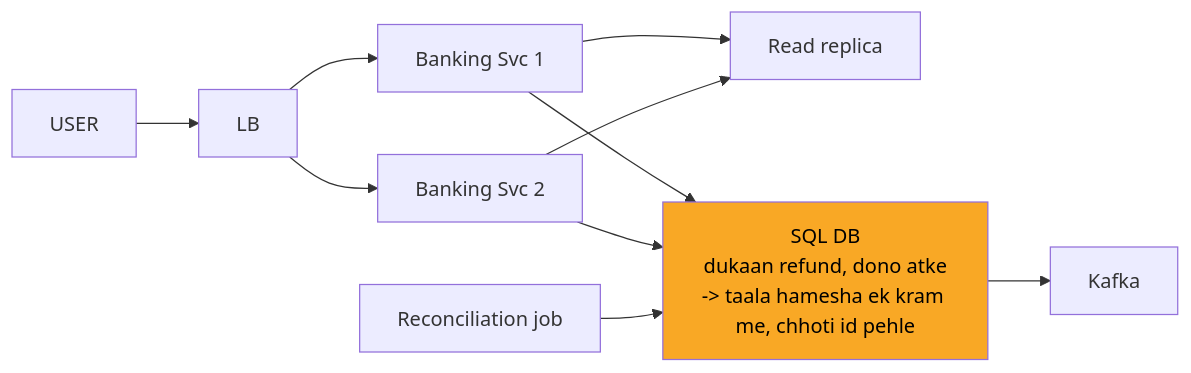
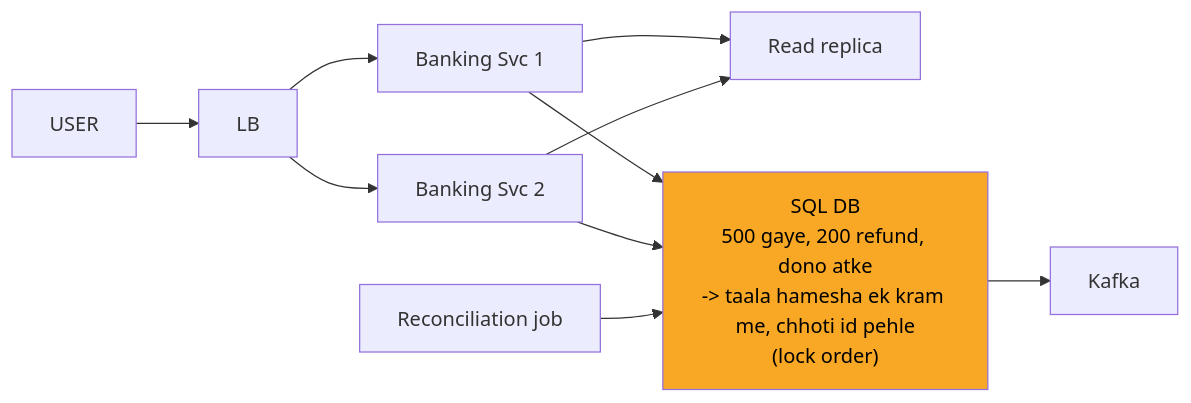
The tenth of 13 diagrams in 04_HLD/SYSTEM_DESIGNS/13_banking_system/13_banking_system.md (ArpanMaheshwari144/Prep), drawn with Mermaid before and after one commit. The commit also changed other lines of this file and 10 other files, not shown here.

Commit message:
hld round 3: refund 200 in story, Cluster vs Sentinel, alag order id, paanch likhai, box names match KAHANI, NAHI lines

````diff
--- a/04_HLD/SYSTEM_DESIGNS/13_banking_system/13_banking_system.md
+++ b/04_HLD/SYSTEM_DESIGNS/13_banking_system/13_banking_system.md
@@ -307,21 +306,21 @@
 ```mermaid
 flowchart LR
     n_USER["USER"]
     n_LB["LB"]
     n_S1["Banking Svc 1"]
     n_S2["Banking Svc 2"]
     n_RR["Read replica"]
-    n_DB["SQL DB<br/>dukaan refund, dono atke<br/>-> taala hamesha ek kram me, chhoti id pehle"]
+    n_DB["SQL DB<br/>500 gaye, 200 refund, dono atke<br/>-> taala hamesha ek kram me, chhoti id pehle<br/>(lock order)"]
     n_K["Kafka"]
     n_REC["Reconciliation job"]
     n_USER --> n_LB
     n_LB --> n_S1
     n_LB --> n_S2
     n_S1 --> n_RR
     n_S2 --> n_RR
     n_S1 --> n_DB
     n_S2 --> n_DB
     n_DB --> n_K
     n_REC --> n_DB
     style n_DB fill:#f9a825,color:#000
 ```
````
